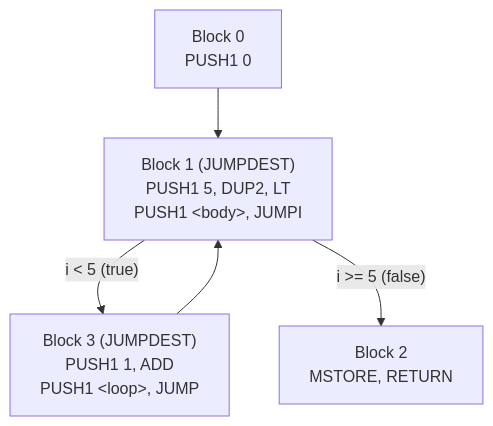
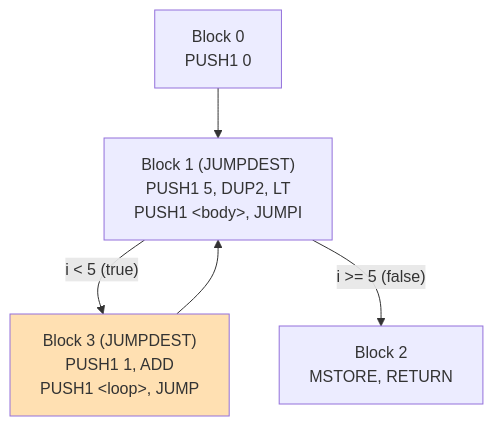
Before and after one commit to jonaprieto/toyevm: the diagram in book/src/day6/01_cfg.md, drawn with Mermaid. The commit also changed other lines of this file and 2 other files, not shown here.

````diff
--- a/book/src/day6/01_cfg.md
+++ b/book/src/day6/01_cfg.md
@@ -39,12 +59,14 @@
 ```mermaid
 graph TD
     B0["Block 0<br/>PUSH1 0"]
     B1["Block 1 (JUMPDEST)<br/>PUSH1 5, DUP2, LT<br/>PUSH1 &lt;body&gt;, JUMPI"]
     B2["Block 2<br/>MSTORE, RETURN"]
     B3["Block 3 (JUMPDEST)<br/>PUSH1 1, ADD<br/>PUSH1 &lt;loop&gt;, JUMP"]
 
     B0 --> B1
     B1 -- "i < 5 (true)" --> B3
     B1 -- "i >= 5 (false)" --> B2
     B3 --> B1
+
+    style B3 fill:#ffe0b2
 ```
````
